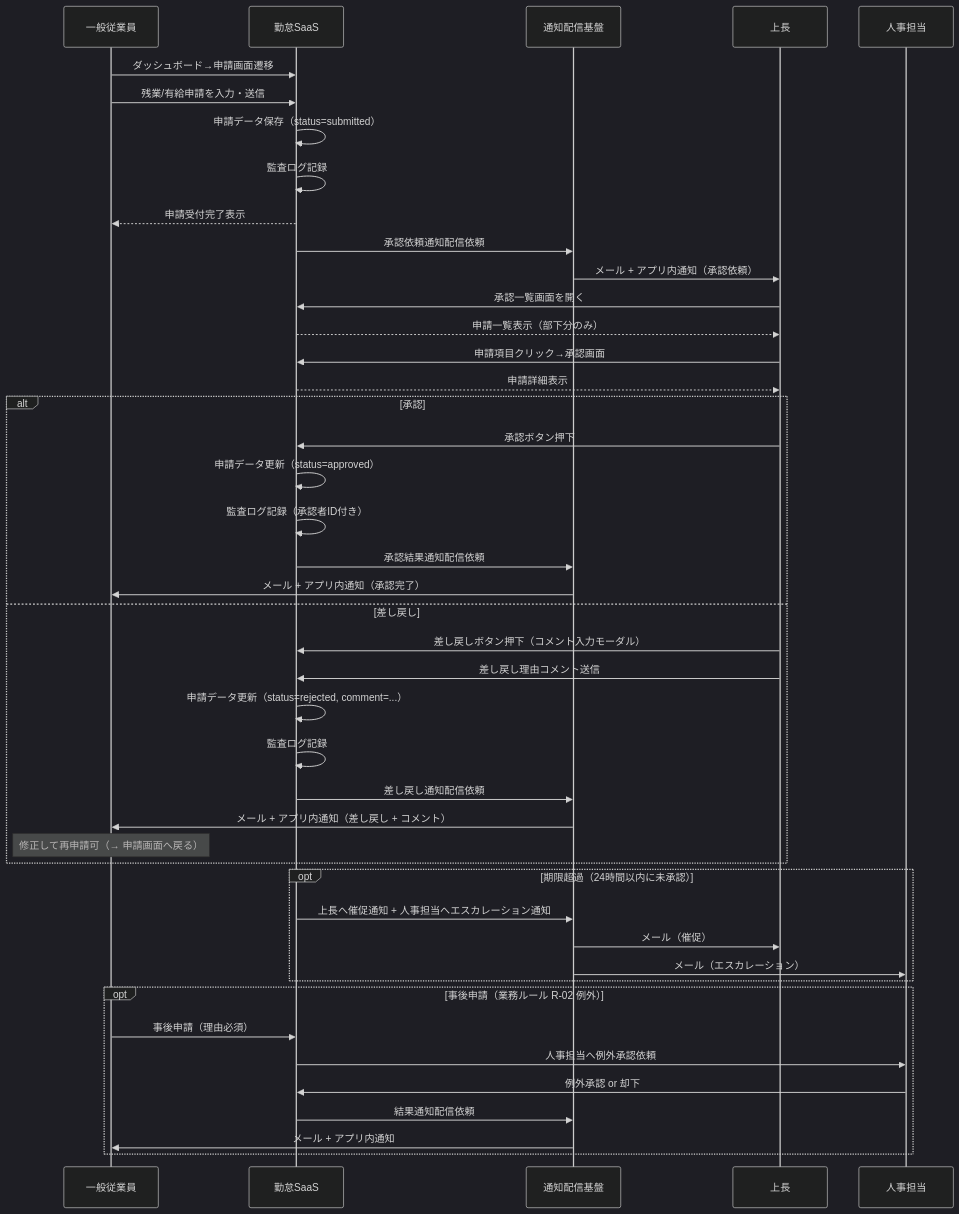
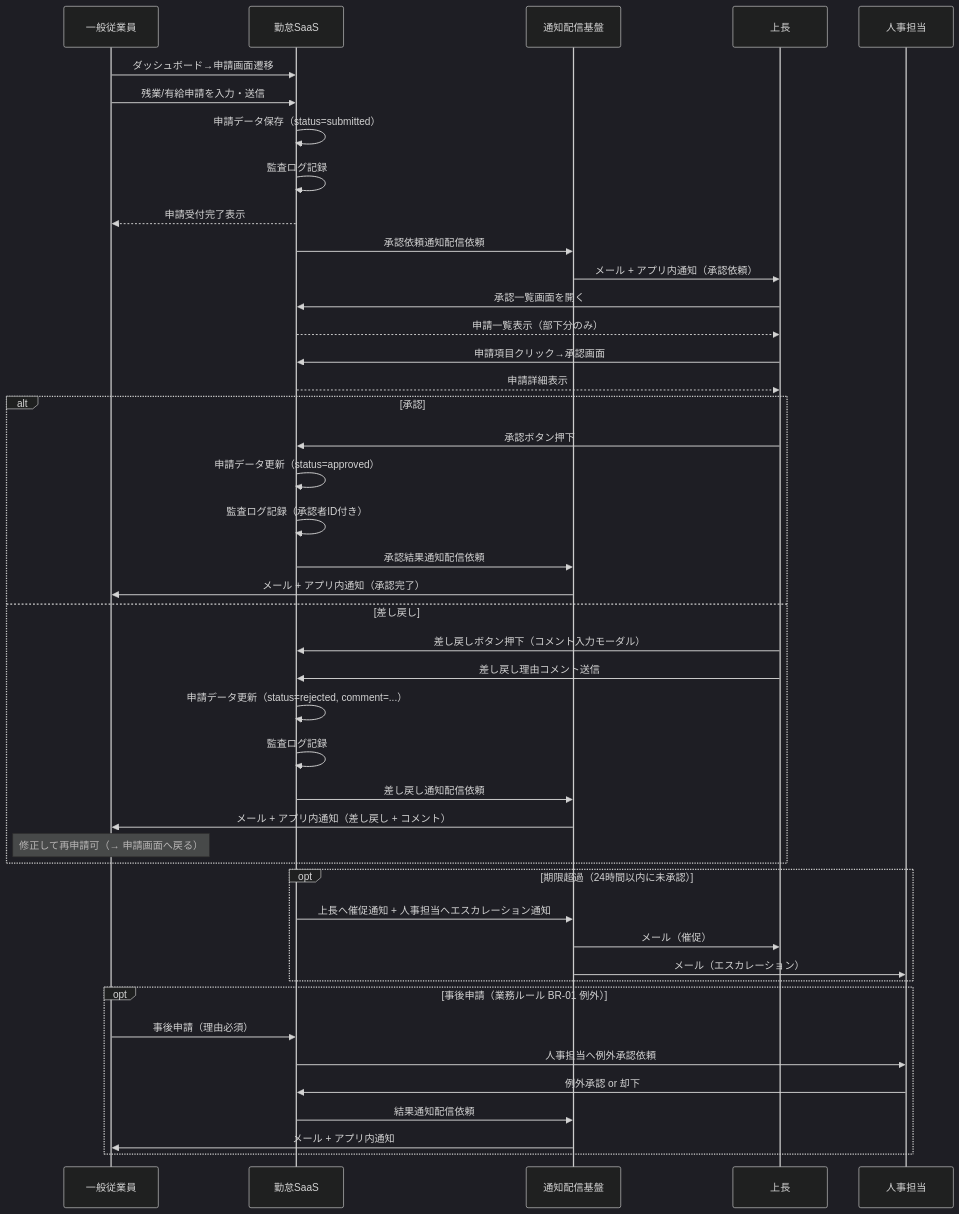
One commit to einja-inc/einja-management-template changed the first of 3 diagrams in docs/einja/example/specs/projects/sample-attendance-saas/function-specs/function-spec-sample-attendance-saas__flow__attendance_approval.md. Above: the diagram before and after it, drawn with Mermaid (dark theme). The commit also changed other lines of this file and 7 other files, not shown here.

````diff
--- a/docs/einja/example/specs/projects/sample-attendance-saas/function-specs/function-spec-sample-attendance-saas__flow__attendance_approval.md
+++ b/docs/einja/example/specs/projects/sample-attendance-saas/function-specs/function-spec-sample-attendance-saas__flow__attendance_approval.md
@@ -73,52 +85,52 @@
 ```mermaid
 sequenceDiagram
     participant E as 一般従業員
     participant S as 勤怠SaaS
     participant N as 通知配信基盤
     participant M as 上長
     participant HR as 人事担当
 
     E->>S: ダッシュボード→申請画面遷移
     E->>S: 残業/有給申請を入力・送信
     S->>S: 申請データ保存（status=submitted）
     S->>S: 監査ログ記録
     S-->>E: 申請受付完了表示
 
     S->>N: 承認依頼通知配信依頼
     N->>M: メール + アプリ内通知（承認依頼）
 
     M->>S: 承認一覧画面を開く
     S-->>M: 申請一覧表示（部下分のみ）
     M->>S: 申請項目クリック→承認画面
     S-->>M: 申請詳細表示
 
     alt 承認
         M->>S: 承認ボタン押下
         S->>S: 申請データ更新（status=approved）
         S->>S: 監査ログ記録（承認者ID付き）
         S->>N: 承認結果通知配信依頼
         N->>E: メール + アプリ内通知（承認完了）
     else 差し戻し
         M->>S: 差し戻しボタン押下（コメント入力モーダル）
         M->>S: 差し戻し理由コメント送信
         S->>S: 申請データ更新（status=rejected, comment=...）
         S->>S: 監査ログ記録
         S->>N: 差し戻し通知配信依頼
         N->>E: メール + アプリ内通知（差し戻し + コメント）
         Note over E: 修正して再申請可（→ 申請画面へ戻る）
     end
 
     opt 期限超過（24時間以内に未承認）
         S->>N: 上長へ催促通知 + 人事担当へエスカレーション通知
         N->>M: メール（催促）
         N->>HR: メール（エスカレーション）
     end
 
-    opt 事後申請（業務ルール R-02 例外）
+    opt 事後申請（業務ルール BR-01 例外）
         E->>S: 事後申請（理由必須）
         S->>HR: 人事担当へ例外承認依頼
         HR->>S: 例外承認 or 却下
         S->>N: 結果通知配信依頼
         N->>E: メール + アプリ内通知
     end
 ```
````
